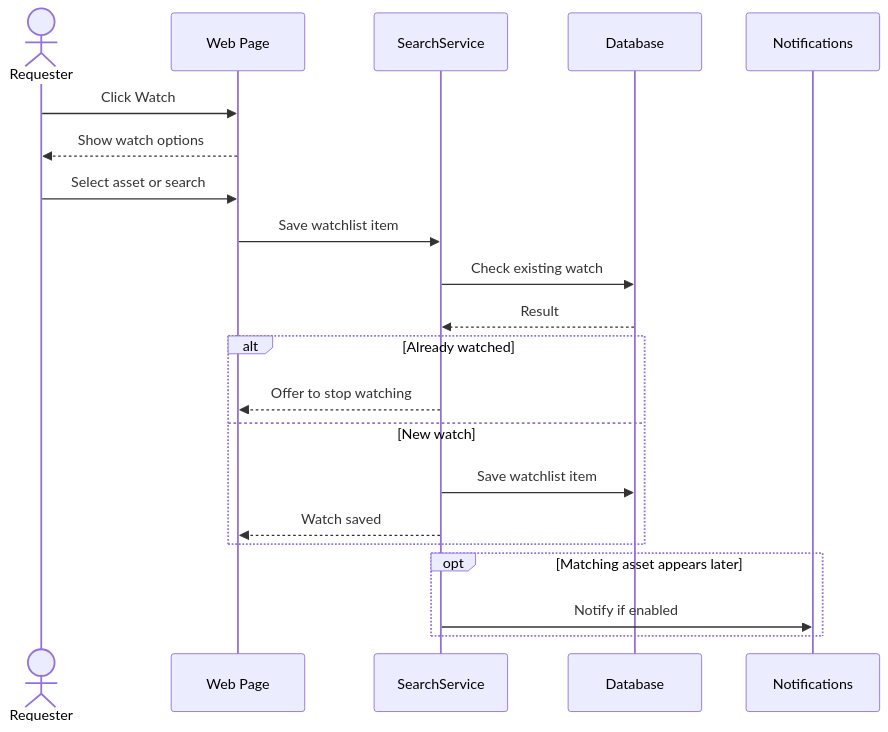
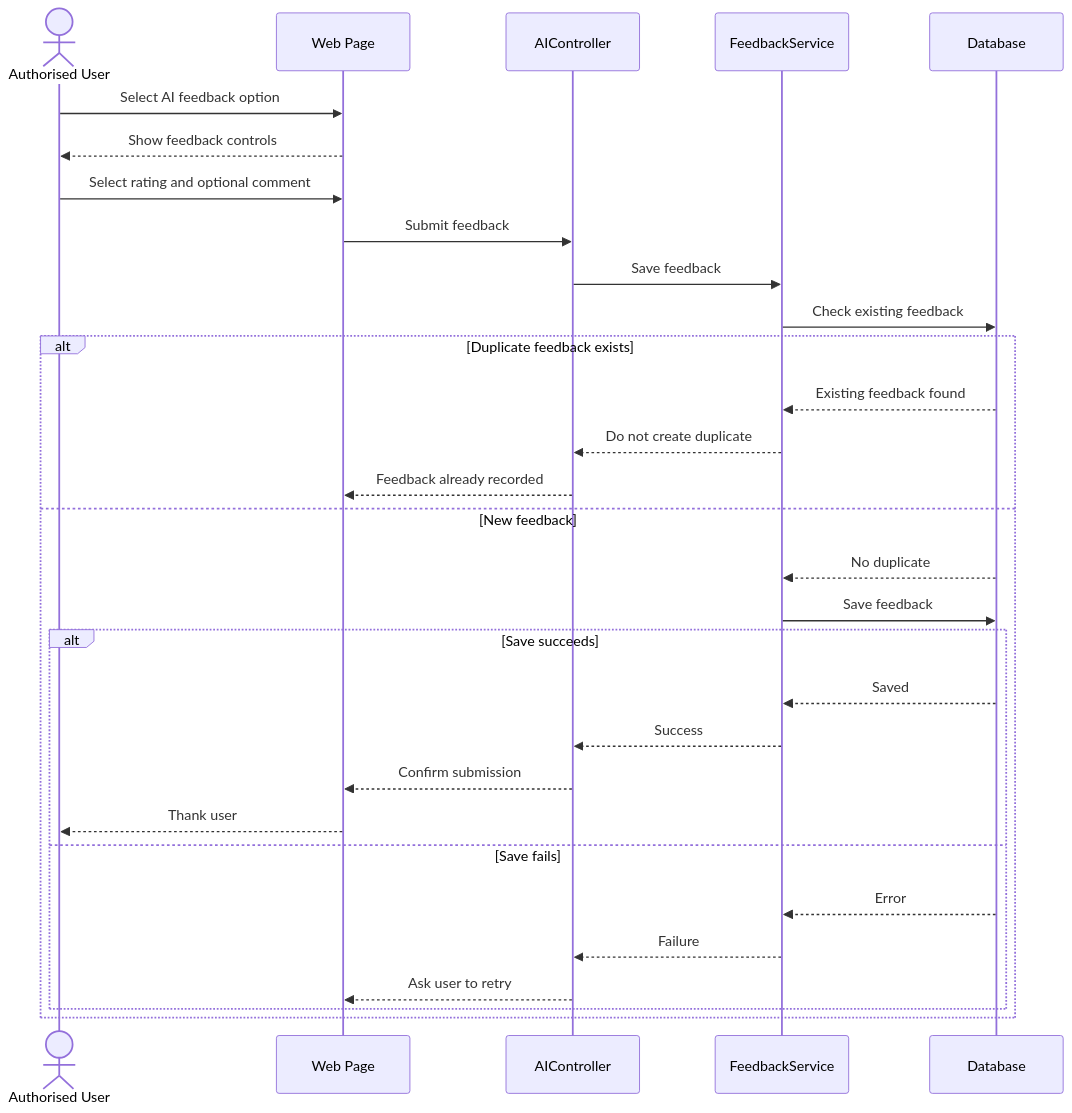
The tenth of 10 diagrams in phase 4-5/01_part1_assets_marketplace_requests.md (Abdulla66541/COSC336-GROUP5), drawn with Mermaid before and after one commit. The commit also changed other lines of this file, not shown here.

````diff
--- a/phase 4-5/01_part1_assets_marketplace_requests.md
+++ b/phase 4-5/01_part1_assets_marketplace_requests.md
@@ -450,26 +560,36 @@
 ```mermaid
 sequenceDiagram
-    actor RQ as Requester
+    actor U as Authorised User
     participant UI as Web Page
-    participant S as SearchService
+    participant AIC as AIController
+    participant FS as FeedbackService
     participant DB as Database
-    participant N as Notifications
 
-    RQ->>UI: Click Watch
-    UI-->>RQ: Show watch options
-    RQ->>UI: Select asset or search
-    UI->>S: Save watchlist item
-    S->>DB: Check existing watch
-    DB-->>S: Result
+    U->>UI: Select AI feedback option
+    UI-->>U: Show feedback controls
+    U->>UI: Select rating and optional comment
+    UI->>AIC: Submit feedback
+    AIC->>FS: Save feedback
+    FS->>DB: Check existing feedback
 
-    alt Already watched
-        S-->>UI: Offer to stop watching
-    else New watch
-        S->>DB: Save watchlist item
-        S-->>UI: Watch saved
-    end
+    alt Duplicate feedback exists
+        DB-->>FS: Existing feedback found
+        FS-->>AIC: Do not create duplicate
+        AIC-->>UI: Feedback already recorded
 
-    opt Matching asset appears later
-        S->>N: Notify if enabled
+    else New feedback
+        DB-->>FS: No duplicate
+        FS->>DB: Save feedback
+
+        alt Save succeeds
+            DB-->>FS: Saved
+            FS-->>AIC: Success
+            AIC-->>UI: Confirm submission
+            UI-->>U: Thank user
+        else Save fails
+            DB-->>FS: Error
+            FS-->>AIC: Failure
+            AIC-->>UI: Ask user to retry
+        end
     end
 ```
````
